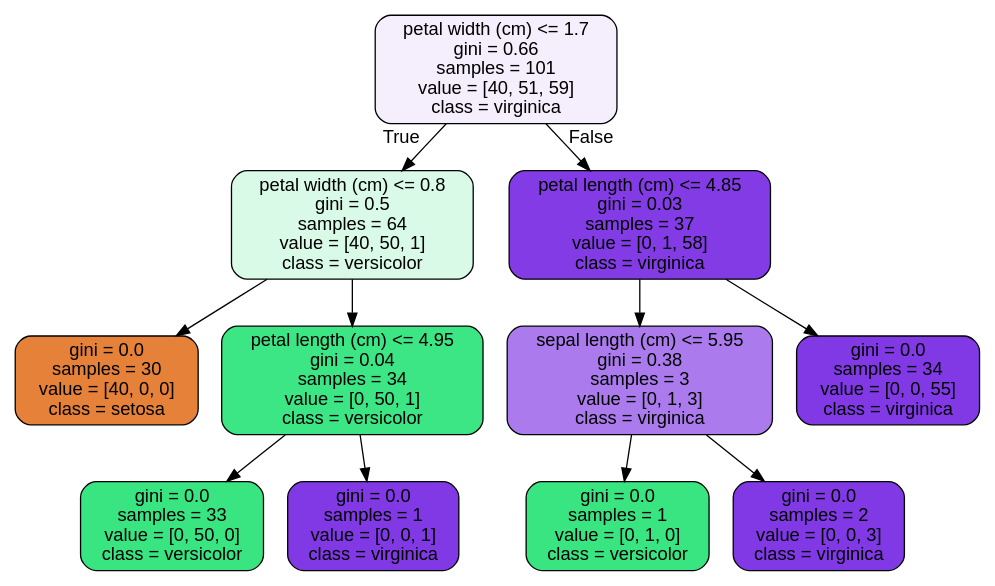
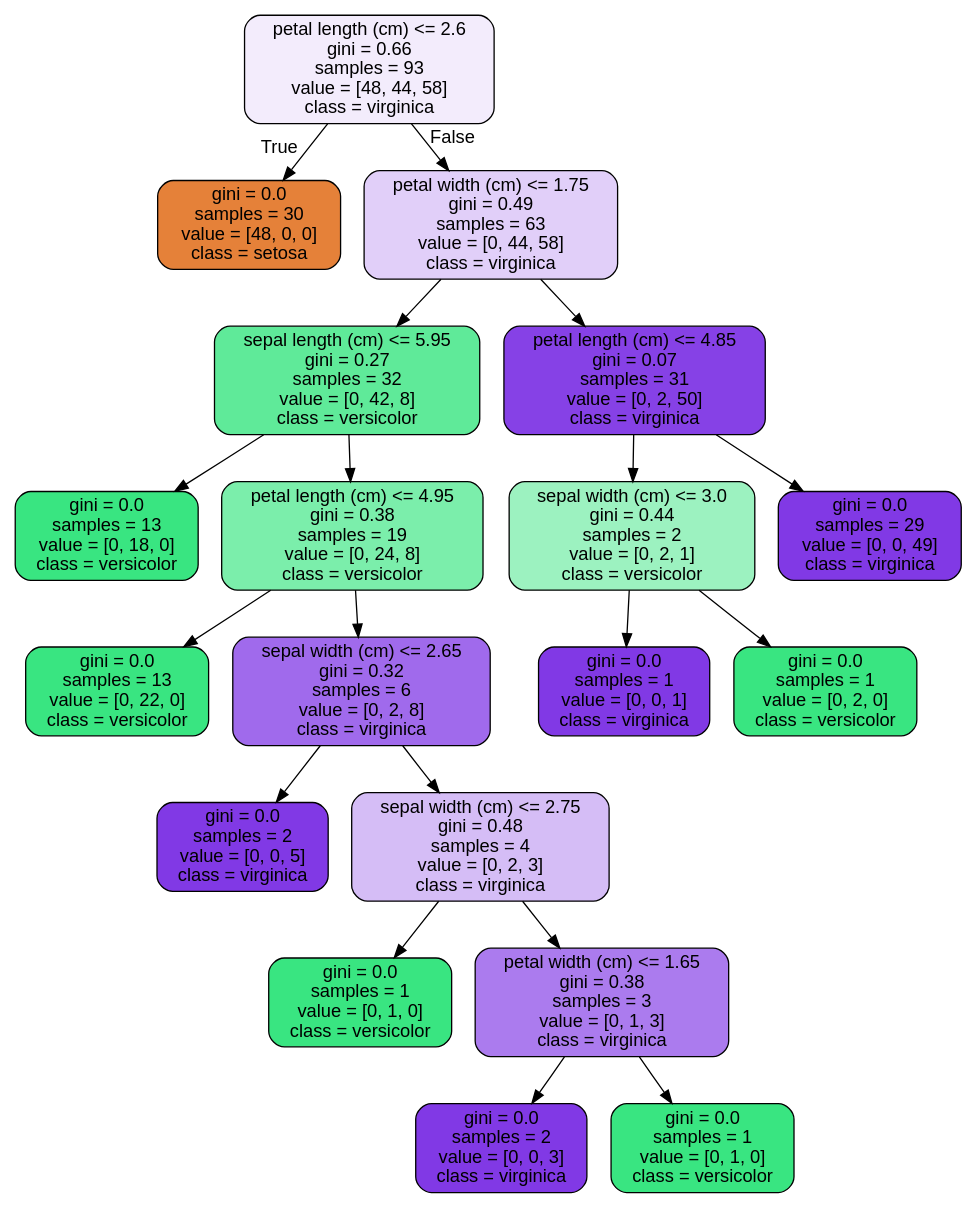
The diagram in machine learning/RandomForest Covid Case Study_06302020/tree.dot (PINGGEZI/Springboard), drawn with Graphviz before and after one commit. The commit also changed 10 other files, not shown here.

```diff
--- a/machine learning/RandomForest Covid Case Study_06302020/tree.dot
+++ b/machine learning/RandomForest Covid Case Study_06302020/tree.dot
@@ -1,25 +1,41 @@
 digraph Tree {
 node [shape=box, style="filled, rounded", color="black", fontname=helvetica] ;
 edge [fontname=helvetica] ;
-0 [label="petal width (cm) <= 1.7\ngini = 0.66\nsamples = 101\nvalue = [40, 51, 59]\nclass = virginica", fillcolor="#f5effd"] ;
-1 [label="petal width (cm) <= 0.8\ngini = 0.5\nsamples = 64\nvalue = [40, 50, 1]\nclass = versicolor", fillcolor="#d8fae6"] ;
+0 [label="petal length (cm) <= 2.6\ngini = 0.66\nsamples = 93\nvalue = [48, 44, 58]\nclass = virginica", fillcolor="#f3ecfc"] ;
+1 [label="gini = 0.0\nsamples = 30\nvalue = [48, 0, 0]\nclass = setosa", fillcolor="#e58139"] ;
 0 -> 1 [labeldistance=2.5, labelangle=45, headlabel="True"] ;
-2 [label="gini = 0.0\nsamples = 30\nvalue = [40, 0, 0]\nclass = setosa", fillcolor="#e58139"] ;
-1 -> 2 ;
-3 [label="petal length (cm) <= 4.95\ngini = 0.04\nsamples = 34\nvalue = [0, 50, 1]\nclass = versicolor", fillcolor="#3de684"] ;
-1 -> 3 ;
-4 [label="gini = 0.0\nsamples = 33\nvalue = [0, 50, 0]\nclass = versicolor", fillcolor="#39e581"] ;
+2 [label="petal width (cm) <= 1.75\ngini = 0.49\nsamples = 63\nvalue = [0, 44, 58]\nclass = virginica", fillcolor="#e1cff9"] ;
+0 -> 2 [labeldistance=2.5, labelangle=-45, headlabel="False"] ;
+3 [label="sepal length (cm) <= 5.95\ngini = 0.27\nsamples = 32\nvalue = [0, 42, 8]\nclass = versicolor", fillcolor="#5fea99"] ;
+2 -> 3 ;
+4 [label="gini = 0.0\nsamples = 13\nvalue = [0, 18, 0]\nclass = versicolor", fillcolor="#39e581"] ;
 3 -> 4 ;
-5 [label="gini = 0.0\nsamples = 1\nvalue = [0, 0, 1]\nclass = virginica", fillcolor="#8139e5"] ;
+5 [label="petal length (cm) <= 4.95\ngini = 0.38\nsamples = 19\nvalue = [0, 24, 8]\nclass = versicolor", fillcolor="#7beeab"] ;
 3 -> 5 ;
-6 [label="petal length (cm) <= 4.85\ngini = 0.03\nsamples = 37\nvalue = [0, 1, 58]\nclass = virginica", fillcolor="#833ce5"] ;
-0 -> 6 [labeldistance=2.5, labelangle=-45, headlabel="False"] ;
-7 [label="sepal length (cm) <= 5.95\ngini = 0.38\nsamples = 3\nvalue = [0, 1, 3]\nclass = virginica", fillcolor="#ab7bee"] ;
-6 -> 7 ;
-8 [label="gini = 0.0\nsamples = 1\nvalue = [0, 1, 0]\nclass = versicolor", fillcolor="#39e581"] ;
+6 [label="gini = 0.0\nsamples = 13\nvalue = [0, 22, 0]\nclass = versicolor", fillcolor="#39e581"] ;
+5 -> 6 ;
+7 [label="sepal width (cm) <= 2.65\ngini = 0.32\nsamples = 6\nvalue = [0, 2, 8]\nclass = virginica", fillcolor="#a06aec"] ;
+5 -> 7 ;
+8 [label="gini = 0.0\nsamples = 2\nvalue = [0, 0, 5]\nclass = virginica", fillcolor="#8139e5"] ;
 7 -> 8 ;
-9 [label="gini = 0.0\nsamples = 2\nvalue = [0, 0, 3]\nclass = virginica", fillcolor="#8139e5"] ;
+9 [label="sepal width (cm) <= 2.75\ngini = 0.48\nsamples = 4\nvalue = [0, 2, 3]\nclass = virginica", fillcolor="#d5bdf6"] ;
 7 -> 9 ;
-10 [label="gini = 0.0\nsamples = 34\nvalue = [0, 0, 55]\nclass = virginica", fillcolor="#8139e5"] ;
-6 -> 10 ;
+10 [label="gini = 0.0\nsamples = 1\nvalue = [0, 1, 0]\nclass = versicolor", fillcolor="#39e581"] ;
+9 -> 10 ;
+11 [label="petal width (cm) <= 1.65\ngini = 0.38\nsamples = 3\nvalue = [0, 1, 3]\nclass = virginica", fillcolor="#ab7bee"] ;
+9 -> 11 ;
+12 [label="gini = 0.0\nsamples = 2\nvalue = [0, 0, 3]\nclass = virginica", fillcolor="#8139e5"] ;
+11 -> 12 ;
+13 [label="gini = 0.0\nsamples = 1\nvalue = [0, 1, 0]\nclass = versicolor", fillcolor="#39e581"] ;
+11 -> 13 ;
+14 [label="petal length (cm) <= 4.85\ngini = 0.07\nsamples = 31\nvalue = [0, 2, 50]\nclass = virginica", fillcolor="#8641e6"] ;
+2 -> 14 ;
+15 [label="sepal width (cm) <= 3.0\ngini = 0.44\nsamples = 2\nvalue = [0, 2, 1]\nclass = versicolor", fillcolor="#9cf2c0"] ;
+14 -> 15 ;
+16 [label="gini = 0.0\nsamples = 1\nvalue = [0, 0, 1]\nclass = virginica", fillcolor="#8139e5"] ;
+15 -> 16 ;
+17 [label="gini = 0.0\nsamples = 1\nvalue = [0, 2, 0]\nclass = versicolor", fillcolor="#39e581"] ;
+15 -> 17 ;
+18 [label="gini = 0.0\nsamples = 29\nvalue = [0, 0, 49]\nclass = virginica", fillcolor="#8139e5"] ;
+14 -> 18 ;
 }
```
